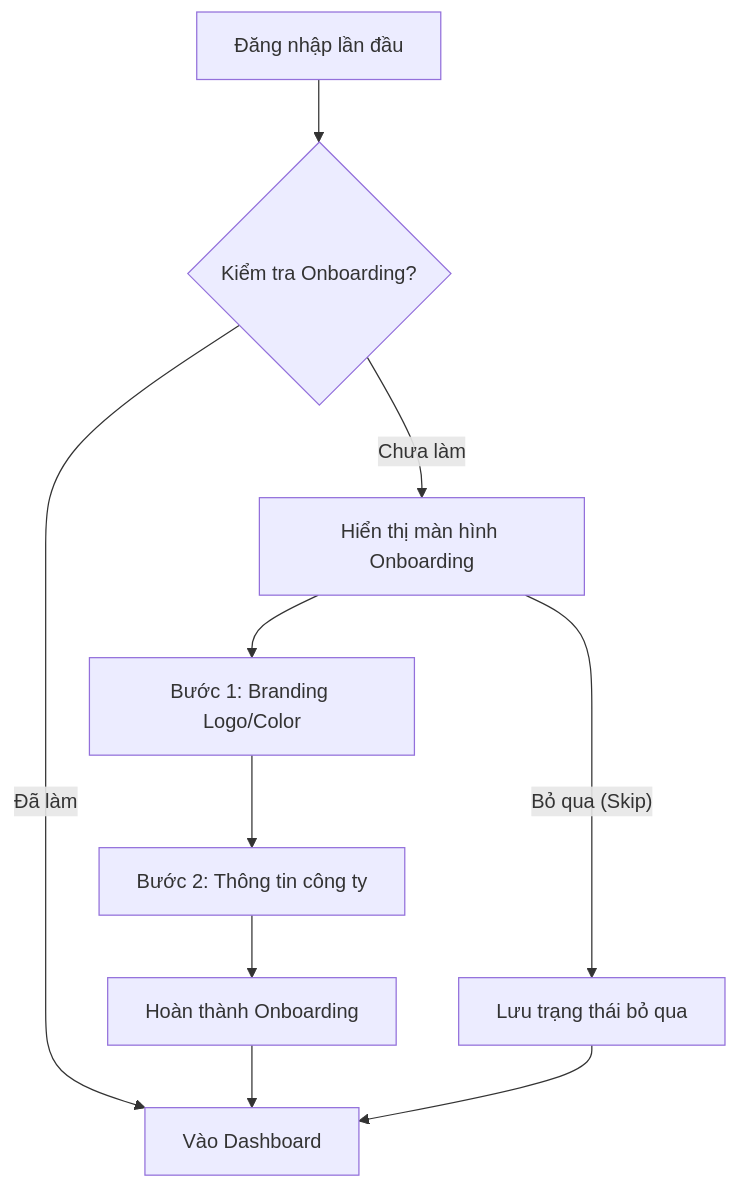
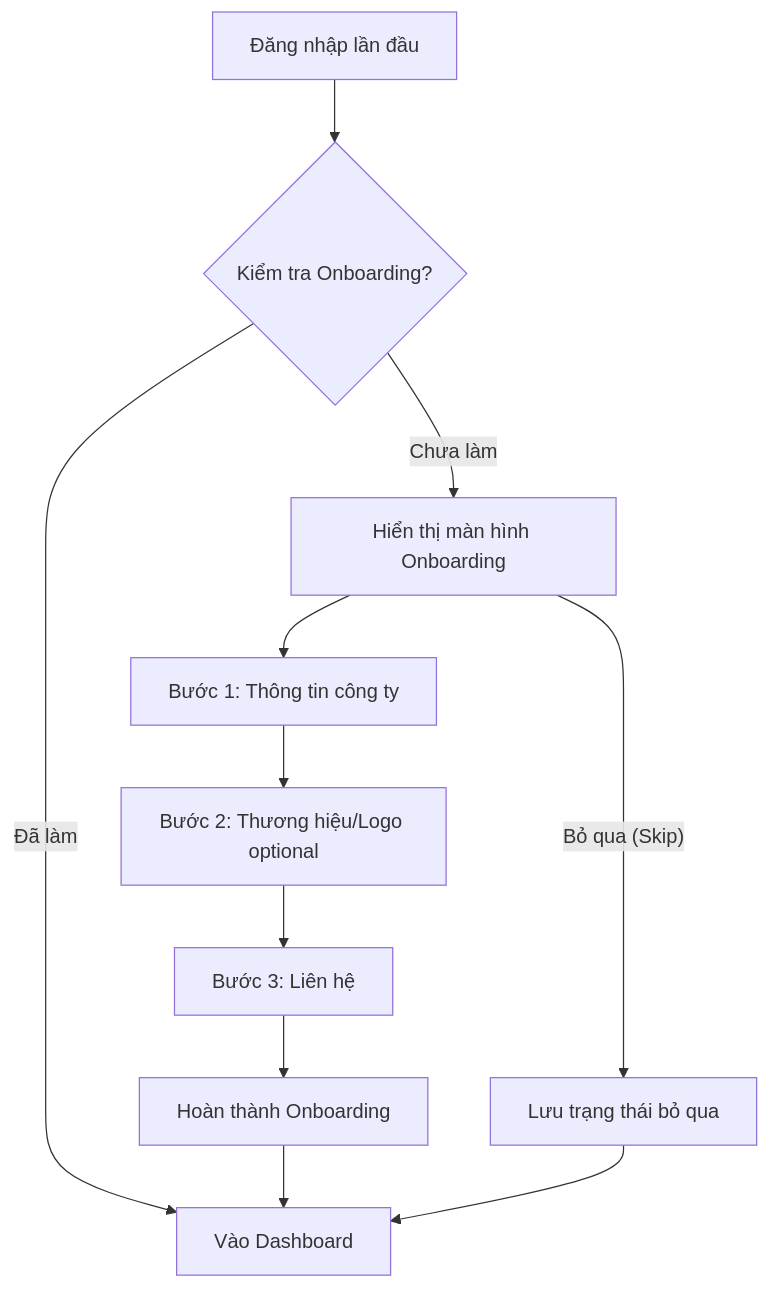
Before and after one commit to VanHaPtit/EasyTech_FE: the diagram in nghiep_vu/epic-01_Authentication_Onboarding/user-story-03_HR_Onboarding/user-story.md, drawn with Mermaid. The commit also changed 4 other files, not shown here.

````diff
--- a/nghiep_vu/epic-01_Authentication_Onboarding/user-story-03_HR_Onboarding/user-story.md
+++ b/nghiep_vu/epic-01_Authentication_Onboarding/user-story-03_HR_Onboarding/user-story.md
@@ -11,12 +11,13 @@
 ```mermaid
 graph TD
     A[Đăng nhập lần đầu] --> B{Kiểm tra Onboarding?}
     B -- Đã làm --> C[Vào Dashboard]
     B -- Chưa làm --> D[Hiển thị màn hình Onboarding]
-    D --> E[Bước 1: Branding Logo/Color]
-    E --> F[Bước 2: Thông tin công ty]
-    F --> G[Hoàn thành Onboarding]
-    G --> C
-    D -- Bỏ qua (Skip) --> H[Lưu trạng thái bỏ qua]
+    D --> E[Bước 1: Thông tin công ty]
+    E --> F[Bước 2: Thương hiệu/Logo optional]
+    F --> G[Bước 3: Liên hệ]
+    G --> H[Hoàn thành Onboarding]
     H --> C
+    D -- Bỏ qua (Skip) --> I[Lưu trạng thái bỏ qua]
+    I --> C
 ```
````
